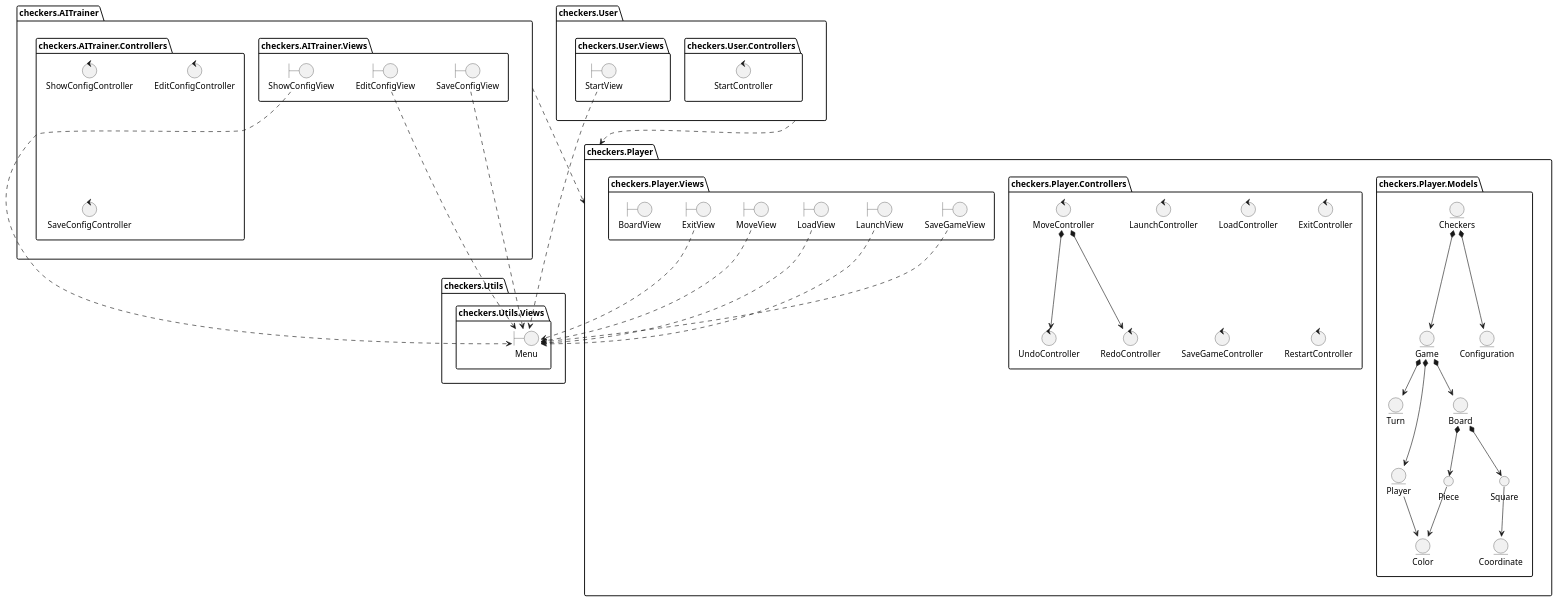
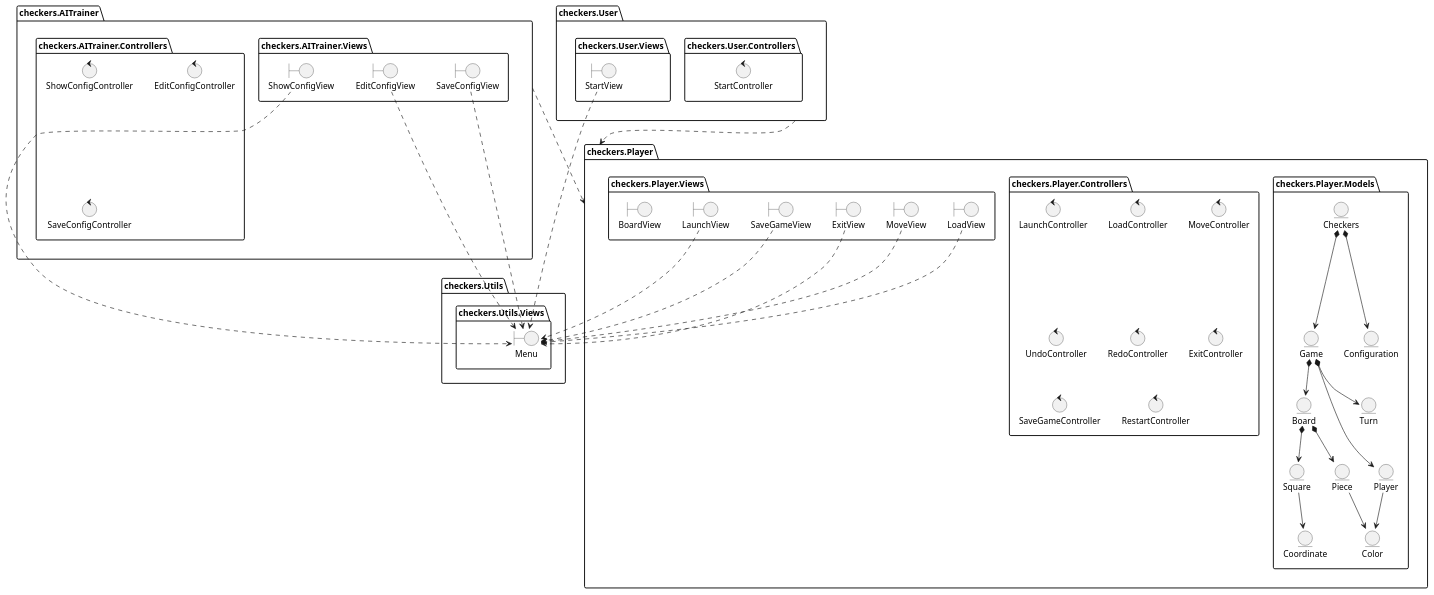
One commit to Master-Desarrollo-20-21/patrones-diseno---practica-final---juego-de-las-damas-fraylopez changed the diagram in docs/src/analysis/packages.plantuml. Above: the diagram before and after it, drawn with PlantUML. The commit also changed 25 other files, not shown here.

Commit message:
new diagrams + update readme

```diff
--- a/docs/src/analysis/packages.plantuml
+++ b/docs/src/analysis/packages.plantuml
@@ -1,104 +1,99 @@
 @startuml Packages
 
 
 package checkers.Utils {
   package checkers.Utils.Views {
     boundary Menu
   }
 }
 
 package checkers.User{
   package checkers.User.Controllers{
     control StartController
   }
   package checkers.User.Views{
     boundary StartView
     StartView ..> Menu
   }
 }
 
 
 
 package checkers.AITrainer {
   package checkers.AITrainer.Controllers{
     control ShowConfigController
     control EditConfigController
     control SaveConfigController
   }
   package checkers.AITrainer.Views{
     boundary ShowConfigView
     boundary EditConfigView
     boundary SaveConfigView
     ShowConfigView ..> Menu
     EditConfigView ..> Menu
     SaveConfigView ..> Menu
   }
 }
 
 package checkers.Player {
   package checkers.Player.Models{
     entity Checkers
     entity Game
     entity Turn
     entity Player
     entity Board
     entity Color
     entity Coordinate
     entity Configuration
-    ' entity Move
-    ' entity Jump
-    ' entity Piece
-    ' entity Square
+    entity Piece
+    entity Square
+
     Checkers *--> Configuration
     Checkers *--> Game
     Game *--> Turn
     Game *--> Player
     Game *--> Board
 
     Board *--> Square
     Board *--> Piece
     Piece --> Color
     Player --> Color
     Square --> Coordinate
 
   }
 
   package checkers.Player.Controllers{
     control LaunchController
     control LoadController
     control MoveController
     control UndoController
     control RedoController
     control ExitController
     control SaveGameController
     control RestartController
-
-    MoveController *--> UndoController
-    MoveController *--> RedoController
-
   }
 
   package checkers.Player.Views{
     boundary LaunchView
     boundary LoadView
     boundary MoveView
     boundary ExitView
     boundary SaveGameView
     boundary BoardView
 
     LaunchView ..> Menu
     LoadView ..> Menu
     MoveView ..> Menu
     ExitView ..> Menu
     SaveGameView ..> Menu
   }
 }
 
 checkers.User ..> checkers.Player
 checkers.AITrainer ..> checkers.Player
 
 
 
 
 
 @enduml
```
